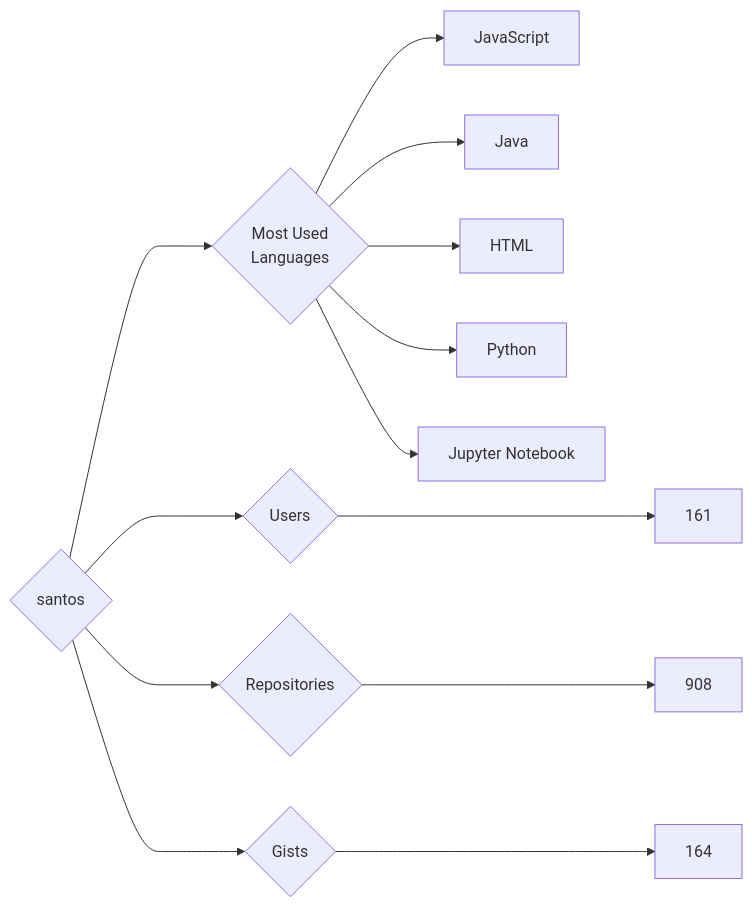
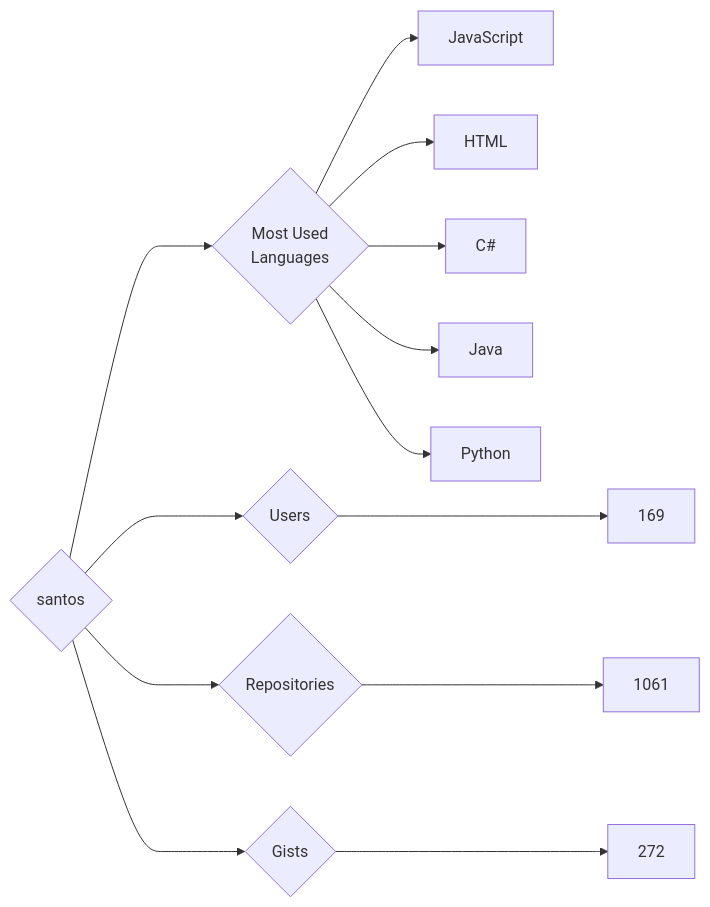
The diagram in targets/santos/README.md (trickest/insiders), drawn with Mermaid before and after one commit. The commit also changed 873 other files, not shown here.

````diff
--- a/targets/santos/README.md
+++ b/targets/santos/README.md
@@ -3,13 +3,13 @@
 ```mermaid
 graph LR
 COMPANY_NAME{santos}
-COMPANY_NAME ---> U{Users} ---> UN[161]
-COMPANY_NAME ---> R{Repositories} ---> RN[908]
-COMPANY_NAME ---> G{Gists} ---> GN[164]
+COMPANY_NAME ---> U{Users} ---> UN[169]
+COMPANY_NAME ---> R{Repositories} ---> RN[1061]
+COMPANY_NAME ---> G{Gists} ---> GN[272]
 COMPANY_NAME ---> ML{Most Used<br>Languages}
 ML --> JavaScript[JavaScript]
+ML --> HTML[HTML]
+ML --> C#[C#]
 ML --> Java[Java]
-ML --> HTML[HTML]
 ML --> Python[Python]
-ML --> Jupyter_Notebook[Jupyter Notebook]
 ```
````
